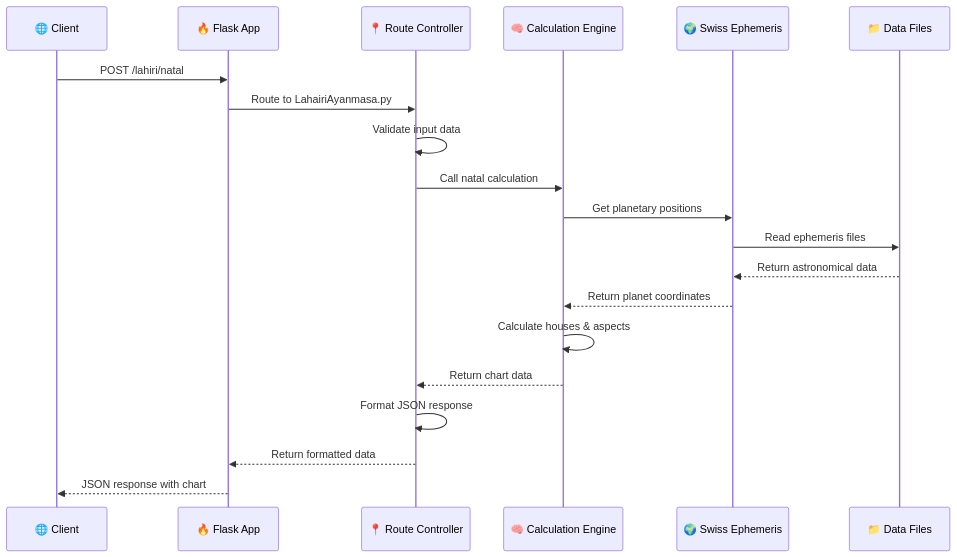
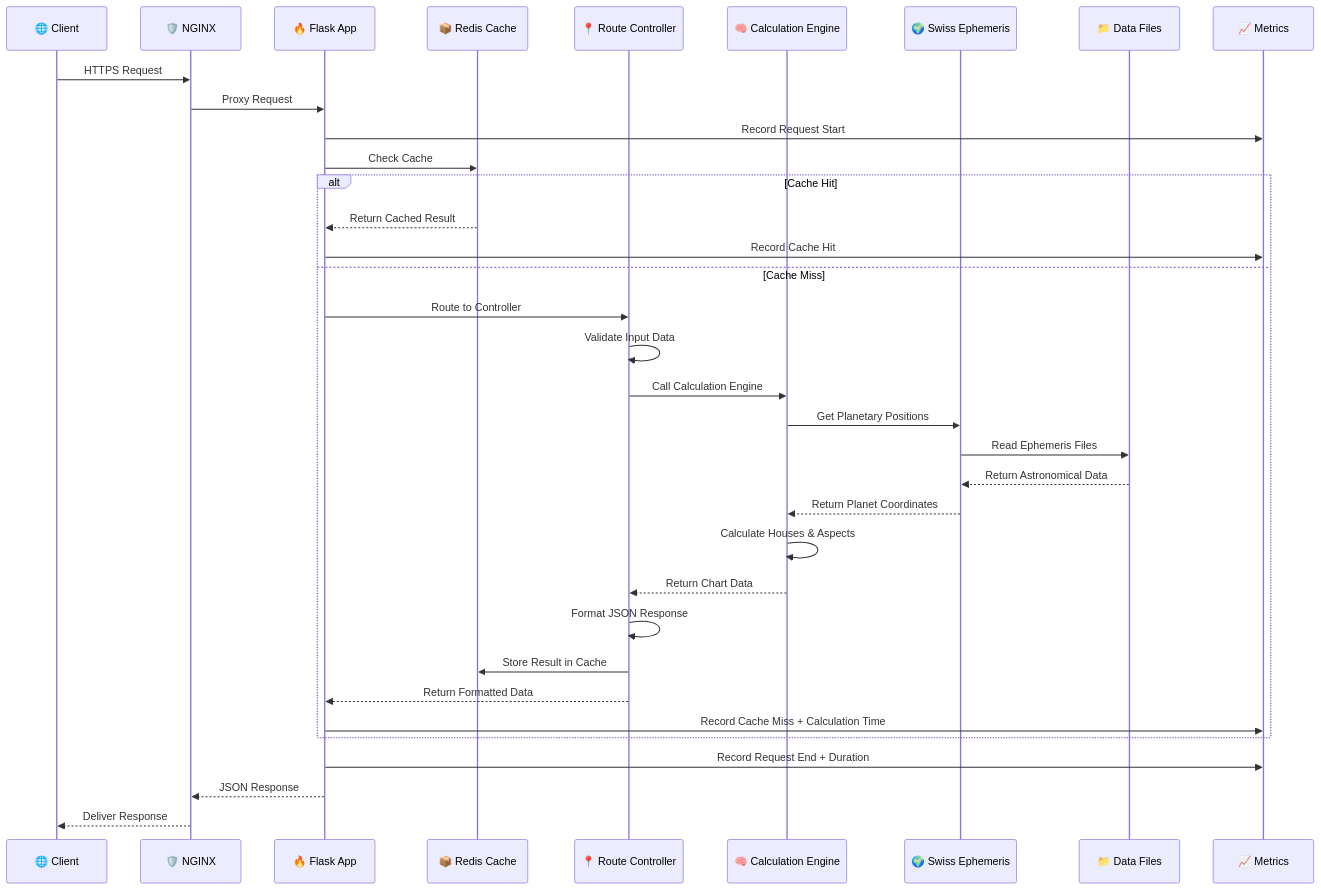
The sixth of 18 diagrams in README.md (Project-Corp-Astro/Astro_Engine), drawn with Mermaid before and after one commit. The commit also changed other lines of this file and 78 other files, not shown here.

````diff
--- a/README.md
+++ b/README.md
@@ -319,23 +610,43 @@
 ```mermaid
 sequenceDiagram
     participant C as 🌐 Client
+    participant N as 🛡️ NGINX
     participant F as 🔥 Flask App
+    participant Cache as 📦 Redis Cache
     participant R as 📍 Route Controller
     participant E as 🧠 Calculation Engine
     participant S as 🌍 Swiss Ephemeris
     participant D as 📁 Data Files
+    participant M as 📈 Metrics
 
-    C->>F: POST /lahiri/natal
-    F->>R: Route to LahairiAyanmasa.py
-    R->>R: Validate input data
-    R->>E: Call natal calculation
-    E->>S: Get planetary positions
-    S->>D: Read ephemeris files
-    D-->>S: Return astronomical data
-    S-->>E: Return planet coordinates
-    E->>E: Calculate houses & aspects
-    E-->>R: Return chart data
-    R->>R: Format JSON response
-    R-->>F: Return formatted data
-    F-->>C: JSON response with chart
+    C->>N: HTTPS Request
+    N->>F: Proxy Request
+    
+    F->>M: Record Request Start
+    F->>Cache: Check Cache
+    
+    alt Cache Hit
+        Cache-->>F: Return Cached Result
+        F->>M: Record Cache Hit
+    else Cache Miss
+        F->>R: Route to Controller
+        R->>R: Validate Input Data
+        R->>E: Call Calculation Engine
+        
+        E->>S: Get Planetary Positions
+        S->>D: Read Ephemeris Files
+        D-->>S: Return Astronomical Data
+        S-->>E: Return Planet Coordinates
+        
+        E->>E: Calculate Houses & Aspects
+        E-->>R: Return Chart Data
+        R->>R: Format JSON Response
+        R->>Cache: Store Result in Cache
+        R-->>F: Return Formatted Data
+        F->>M: Record Cache Miss + Calculation Time
+    end
+    
+    F->>M: Record Request End + Duration
+    F-->>N: JSON Response
+    N-->>C: Deliver Response
 ```
````
